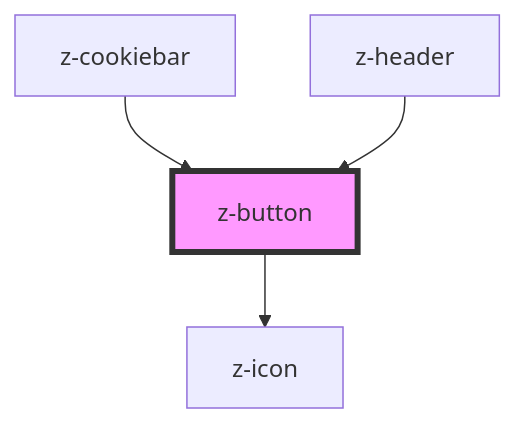
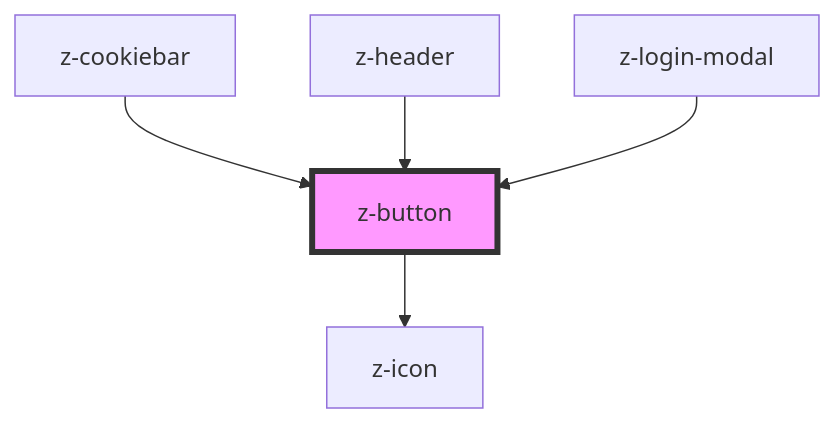
Before and after one commit to ZanichelliEditore/design-system: the diagram in src/components/buttons/z-button/readme.md, drawn with Mermaid. The commit also changed other lines of this file and 8 other files, not shown here.

Commit message:
feat: base z-login-modal

````diff
--- a/src/components/buttons/z-button/readme.md
+++ b/src/components/buttons/z-button/readme.md
@@ -56,7 +57,8 @@
 ```mermaid
 graph TD;
   z-button --> z-icon
   z-cookiebar --> z-button
   z-header --> z-button
+  z-login-modal --> z-button
   style z-button fill:#f9f,stroke:#333,stroke-width:4px
 ```
````
